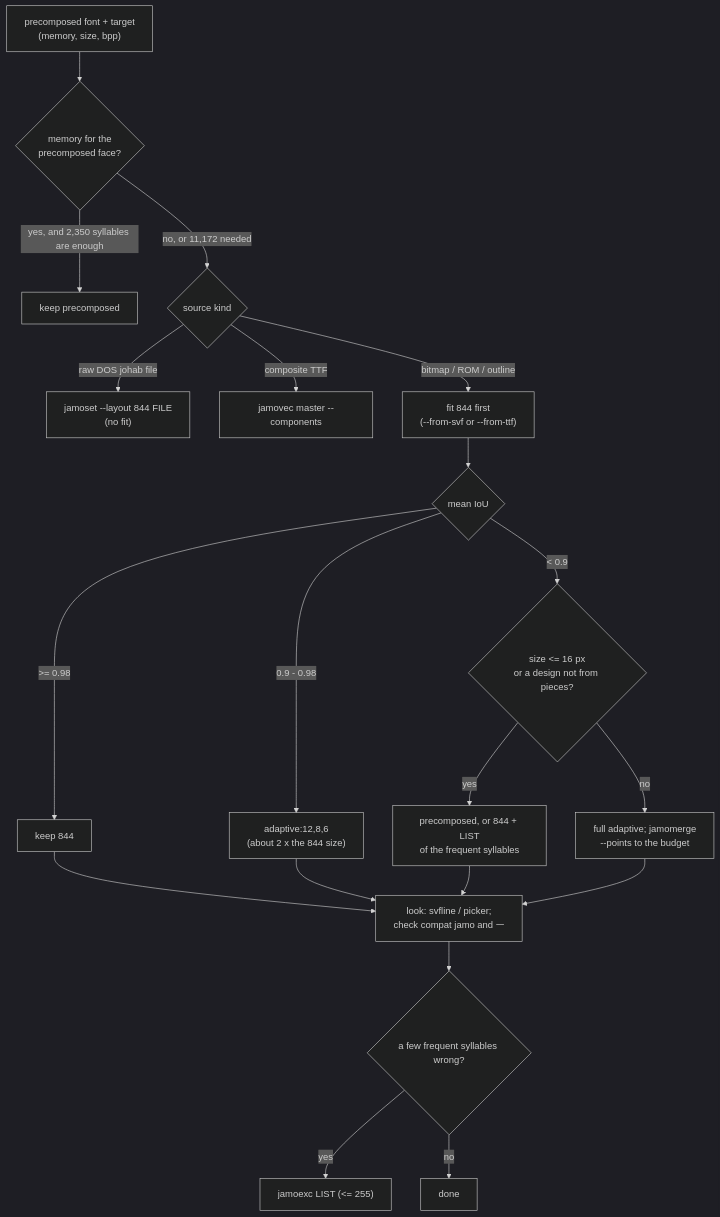
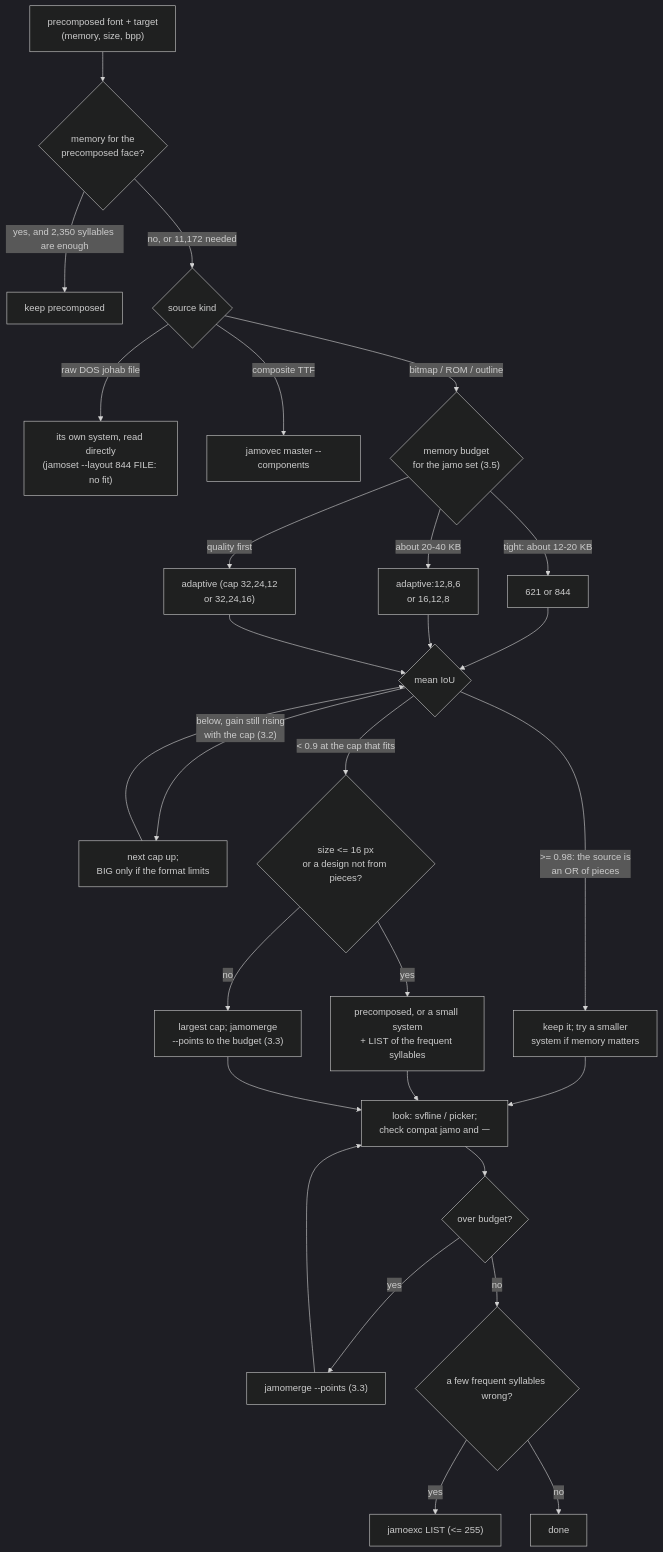
The fifth of 5 diagrams in docs/jamo-split.md (TaehyunKimLL/svf-fonts-open), drawn with Mermaid (dark theme) before and after one commit. The commit also changed other lines of this file and 5 other files, not shown here.

````diff
--- a/docs/jamo-split.md
+++ b/docs/jamo-split.md
@@ -506,22 +615,30 @@
 ```mermaid
 flowchart TD
   A["precomposed font + target<br/>(memory, size, bpp)"] --> B{"memory for the<br/>precomposed face?"}
   B -->|"yes, and 2,350 syllables are enough"| KP["keep precomposed"]
   B -->|"no, or 11,172 needed"| C{"source kind"}
-  C -->|"raw DOS johab file"| D["jamoset --layout 844 FILE<br/>(no fit)"]
+  C -->|"raw DOS johab file"| D["its own system, read directly<br/>(jamoset --layout 844 FILE: no fit)"]
   C -->|"composite TTF"| E["jamovec master --components"]
-  C -->|"bitmap / ROM / outline"| F["fit 844 first<br/>(--from-svf or --from-ttf)"]
-  F --> G{"mean IoU"}
-  G -->|">= 0.98"| H["keep 844"]
-  G -->|"0.9 - 0.98"| I["adaptive:12,8,6<br/>(about 2 x the 844 size)"]
-  G -->|"< 0.9"| J{"size <= 16 px<br/>or a design not from pieces?"}
-  J -->|yes| K["precomposed, or 844 + LIST<br/>of the frequent syllables"]
-  J -->|no| L["full adaptive; jamomerge<br/>--points to the budget"]
+  C -->|"bitmap / ROM / outline"| S{"memory budget<br/>for the jamo set (3.5)"}
+  S -->|"tight: about 12-20 KB"| F1["621 or 844"]
+  S -->|"about 20-40 KB"| F2["adaptive:12,8,6<br/>or 16,12,8"]
+  S -->|"quality first"| F3["adaptive (cap 32,24,12<br/>or 32,24,16)"]
+  F1 --> G{"mean IoU"}
+  F2 --> G
+  F3 --> G
+  G -->|">= 0.98: the source is<br/>an OR of pieces"| H["keep it; try a smaller<br/>system if memory matters"]
+  G -->|"below, gain still rising<br/>with the cap (3.2)"| UP["next cap up;<br/>BIG only if the format limits"]
+  G -->|"< 0.9 at the cap that fits"| J{"size <= 16 px<br/>or a design not from pieces?"}
+  UP --> G
+  J -->|yes| K["precomposed, or a small system<br/>+ LIST of the frequent syllables"]
+  J -->|no| L["largest cap; jamomerge<br/>--points to the budget (3.3)"]
   H --> M["look: svfline / picker;<br/>check compat jamo and ㅡ"]
-  I --> M
   K --> M
   L --> M
-  M --> N{"a few frequent syllables wrong?"}
-  N -->|yes| O["jamoexc LIST (<= 255)"]
-  N -->|no| P["done"]
+  M --> N{"over budget?"}
+  N -->|yes| R["jamomerge --points (3.3)"]
+  R --> M
+  N -->|no| Q{"a few frequent syllables wrong?"}
+  Q -->|yes| O["jamoexc LIST (<= 255)"]
+  Q -->|no| P["done"]
 ```
````
